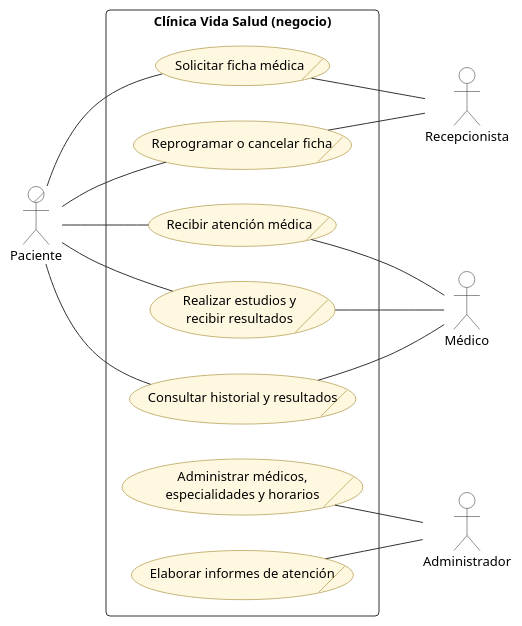
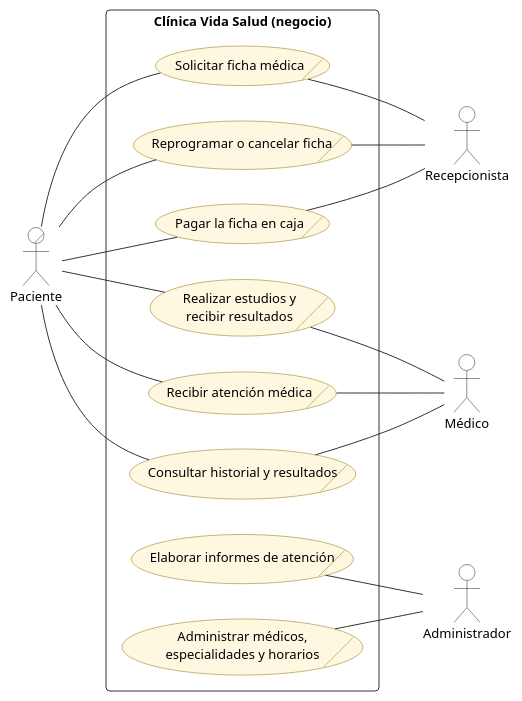
Before and after one commit to ronaldflores2004/VidaSalud: the diagram in docs/uml/plantuml/negocio_cu.puml, drawn with PlantUML. The commit also changed 42 other files, not shown here.

First line of the commit message:
Documento: diagramas UML actualizados con P7 (CU21 Pagar ficha, CU22 Notificaciones)

```diff
--- a/docs/uml/plantuml/negocio_cu.puml
+++ b/docs/uml/plantuml/negocio_cu.puml
@@ -1,67 +1,70 @@
 @startuml
 
 set separator none
 skinparam backgroundColor white
 skinparam defaultFontName Arial
 skinparam defaultFontSize 13
 skinparam shadowing false
 skinparam ArrowColor #333333
 skinparam ActorBorderColor #222222
 skinparam ActorBackgroundColor #FFFFFF
 skinparam UsecaseBorderColor #1F4E79
 skinparam UsecaseBackgroundColor #DCE9F7
 skinparam PackageBorderColor #333333
 skinparam PackageBackgroundColor #FFFFFF
 skinparam ClassBorderColor #333333
 skinparam ClassBackgroundColor #FFFFFF
 skinparam ClassHeaderBackgroundColor #DCE9F7
 skinparam NoteBackgroundColor #FFF8DC
 skinparam RectangleBorderColor #333333
 skinparam NodeBorderColor #1F4E79
 skinparam NodeBackgroundColor #F3F8FD
 skinparam ArtifactBackgroundColor #FFFFFF
 skinparam DatabaseBackgroundColor #DCE9F7
 skinparam SequenceLifeLineBorderColor #888888
 skinparam SequenceParticipantBackgroundColor #DCE9F7
 skinparam SequenceParticipantBorderColor #1F4E79
 skinparam ParticipantPadding 12
 skinparam BoundaryBackgroundColor #DCE9F7
 skinparam ControlBackgroundColor #DCE9F7
 skinparam EntityBackgroundColor #DCE9F7
 skinparam BoundaryBorderColor #1F4E79
 skinparam ControlBorderColor #1F4E79
 skinparam EntityBorderColor #1F4E79
 skinparam roundcorner 8
 
 left to right direction
 skinparam usecase {
   BackgroundColor #FFF8E1
   BorderColor #8D6E00
 }
 actor/ "Paciente" as PAC
 rectangle "Clínica Vida Salud (negocio)" {
   usecase/ "Solicitar ficha médica" as N1
   usecase/ "Reprogramar o cancelar ficha" as N2
   usecase/ "Recibir atención médica" as N3
   usecase/ "Realizar estudios y\nrecibir resultados" as N4
   usecase/ "Consultar historial y resultados" as N5
   usecase/ "Administrar médicos,\nespecialidades y horarios" as N6
   usecase/ "Elaborar informes de atención" as N7
+  usecase/ "Pagar la ficha en caja" as N8
 }
 actor "Recepcionista" as REC
 actor "Médico" as MED
 actor "Administrador" as ADM
 PAC -- N1
 PAC -- N2
 PAC -- N3
 PAC -- N4
 PAC -- N5
 N1 -- REC
 N2 -- REC
 N3 -- MED
 N4 -- MED
 N5 -- MED
 N6 -- ADM
 N7 -- ADM
+PAC -- N8
+N8 -- REC
 
 @enduml
```
